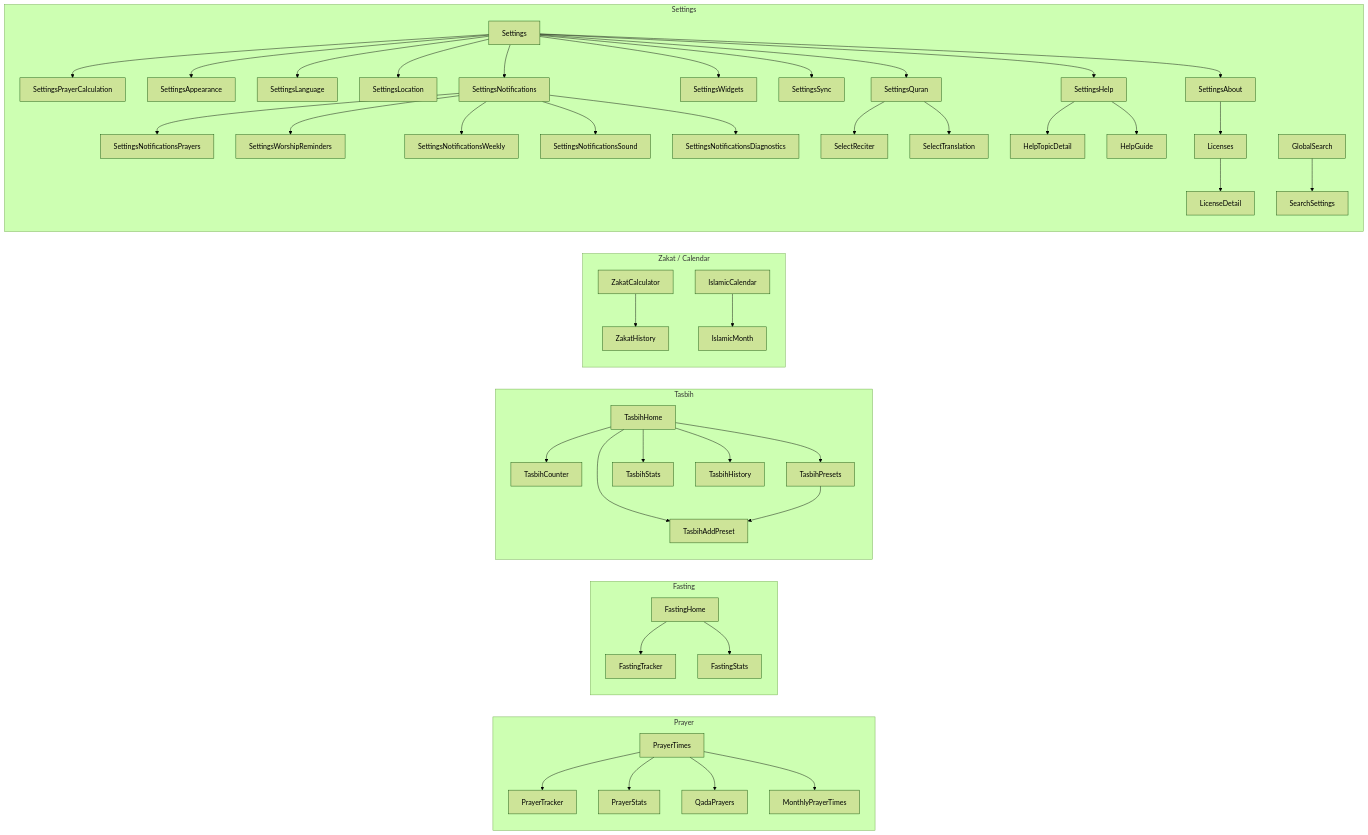
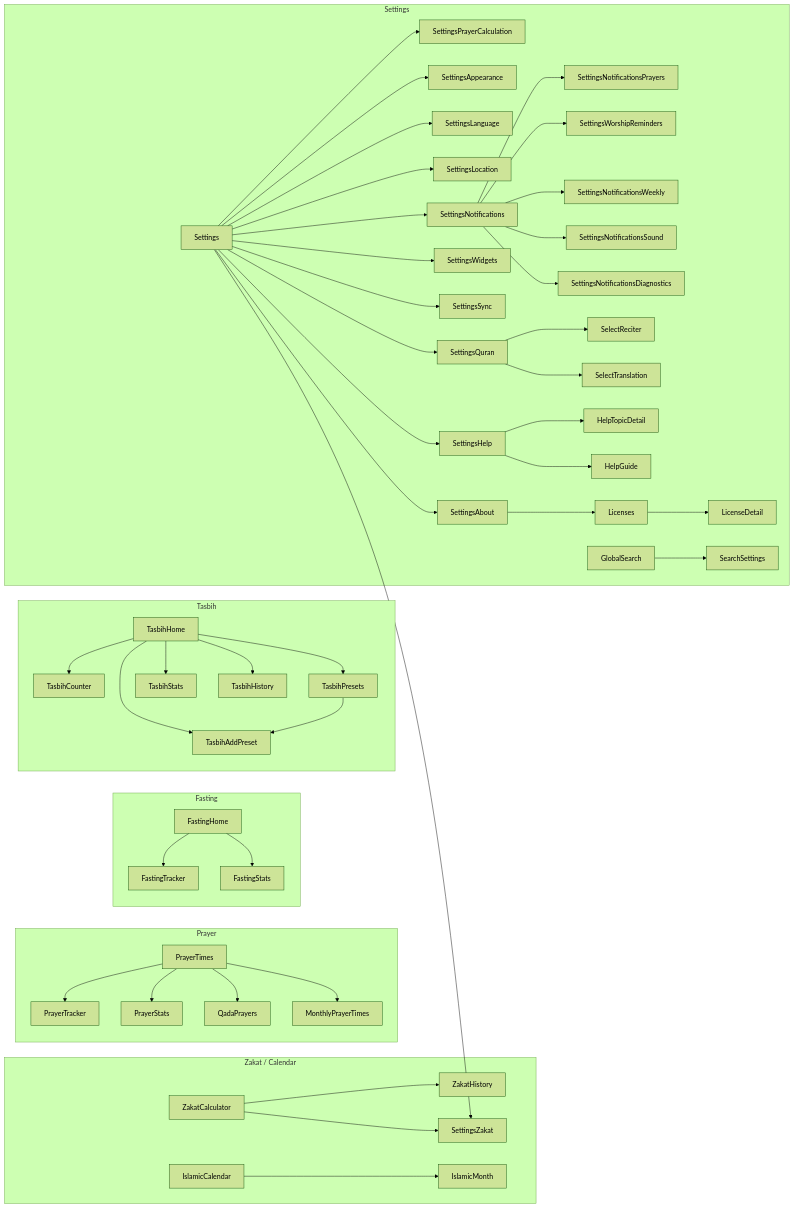
One commit to arshad-shah/Nimaz changed the third of 4 diagrams in docs/NAVIGATION.md. Above: the diagram before and after it, drawn with Mermaid (forest theme). The commit also changed other lines of this file and 37 other files, not shown here.

````diff
--- a/docs/NAVIGATION.md
+++ b/docs/NAVIGATION.md
@@ -135,33 +135,34 @@
 ```mermaid
 flowchart LR
     subgraph P["Prayer"]
         PrayerTimes --> PrayerTracker & PrayerStats & QadaPrayers & MonthlyPrayerTimes
     end
 
     subgraph F["Fasting"]
         FastingHome --> FastingTracker & FastingStats
     end
 
     subgraph T["Tasbih"]
         TasbihHome --> TasbihCounter & TasbihPresets & TasbihStats & TasbihHistory & TasbihAddPreset
         TasbihPresets --> TasbihAddPreset
     end
 
     subgraph Z["Zakat / Calendar"]
-        ZakatCalculator --> ZakatHistory
+        ZakatCalculator --> ZakatHistory & SettingsZakat
         IslamicCalendar --> IslamicMonth
     end
 
     subgraph S["Settings"]
         Settings --> SettingsPrayerCalculation & SettingsAppearance & SettingsLanguage
         Settings --> SettingsLocation & SettingsQuran & SettingsWidgets & SettingsSync
+        Settings --> SettingsZakat
         Settings --> SettingsNotifications & SettingsHelp & SettingsAbout
         SettingsNotifications --> SettingsNotificationsPrayers & SettingsWorshipReminders
         SettingsNotifications --> SettingsNotificationsWeekly & SettingsNotificationsSound
         SettingsNotifications --> SettingsNotificationsDiagnostics
         SettingsQuran --> SelectReciter & SelectTranslation
         SettingsHelp --> HelpTopicDetail & HelpGuide
         SettingsAbout --> Licenses --> LicenseDetail
         GlobalSearch --> SearchSettings
     end
 ```
````
